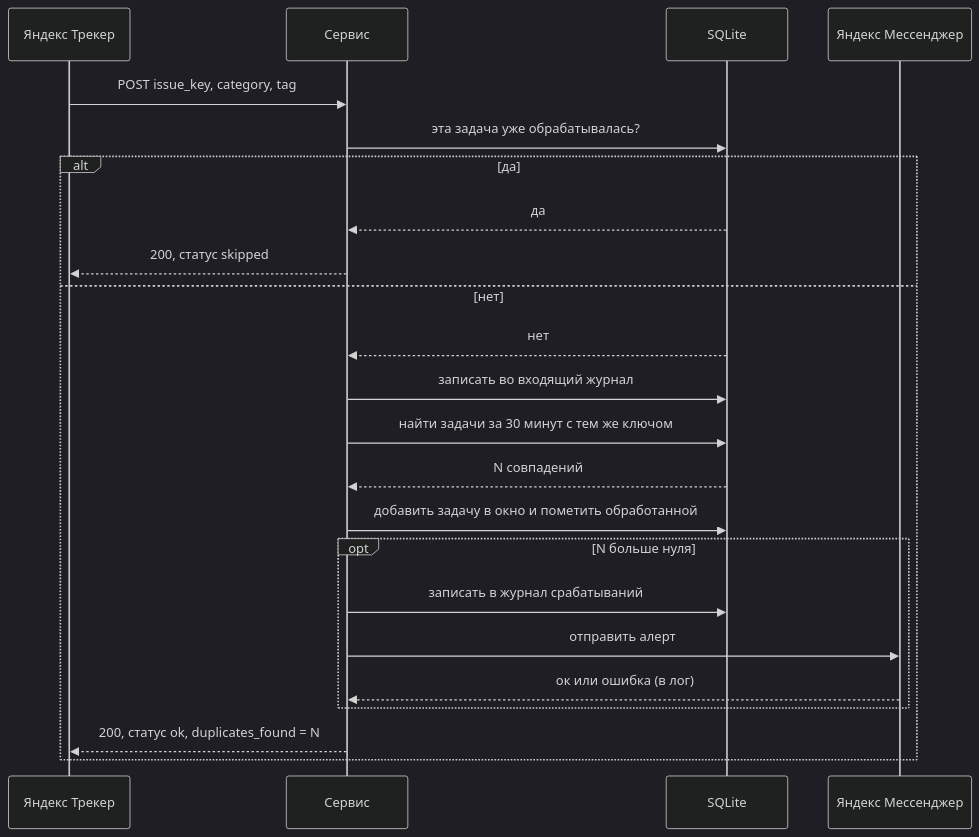
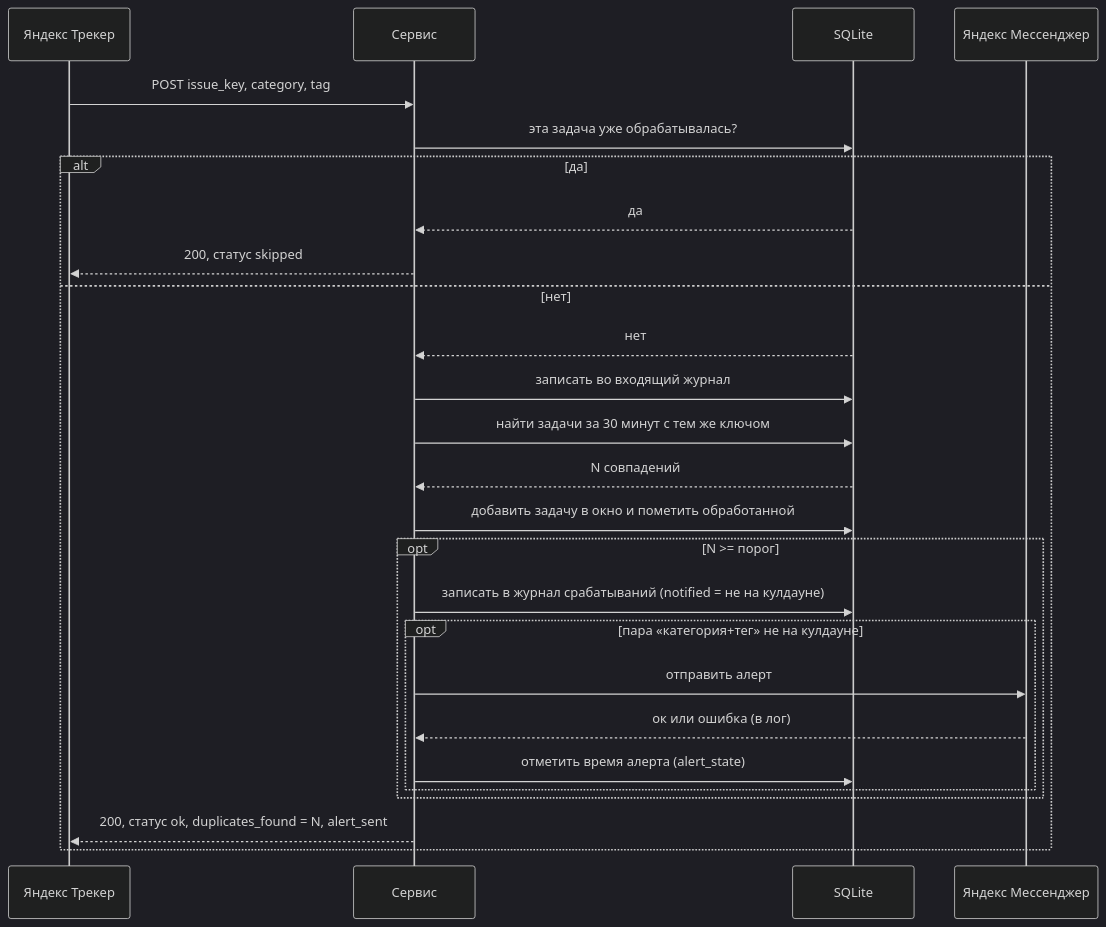
The third of 3 diagrams in docs/system-analysis.md (bagavund/sentry-service), drawn with Mermaid (dark theme) before and after one commit. The commit also changed other lines of this file and 18 other files, not shown here.

````diff
--- a/docs/system-analysis.md
+++ b/docs/system-analysis.md
@@ -172,26 +173,29 @@
 ```mermaid
 sequenceDiagram
     participant TR as Яндекс Трекер
     participant APP as Сервис
     participant DB as SQLite
     participant MSG as Яндекс Мессенджер
 
     TR->>APP: POST issue_key, category, tag
     APP->>DB: эта задача уже обрабатывалась?
     alt да
         DB-->>APP: да
         APP-->>TR: 200, статус skipped
     else нет
         DB-->>APP: нет
         APP->>DB: записать во входящий журнал
         APP->>DB: найти задачи за 30 минут с тем же ключом
         DB-->>APP: N совпадений
         APP->>DB: добавить задачу в окно и пометить обработанной
-        opt N больше нуля
-            APP->>DB: записать в журнал срабатываний
-            APP->>MSG: отправить алерт
-            MSG-->>APP: ок или ошибка (в лог)
+        opt N >= порог
+            APP->>DB: записать в журнал срабатываний (notified = не на кулдауне)
+            opt пара «категория+тег» не на кулдауне
+                APP->>MSG: отправить алерт
+                MSG-->>APP: ок или ошибка (в лог)
+                APP->>DB: отметить время алерта (alert_state)
+            end
         end
-        APP-->>TR: 200, статус ok, duplicates_found = N
+        APP-->>TR: 200, статус ok, duplicates_found = N, alert_sent
     end
 ```
````
